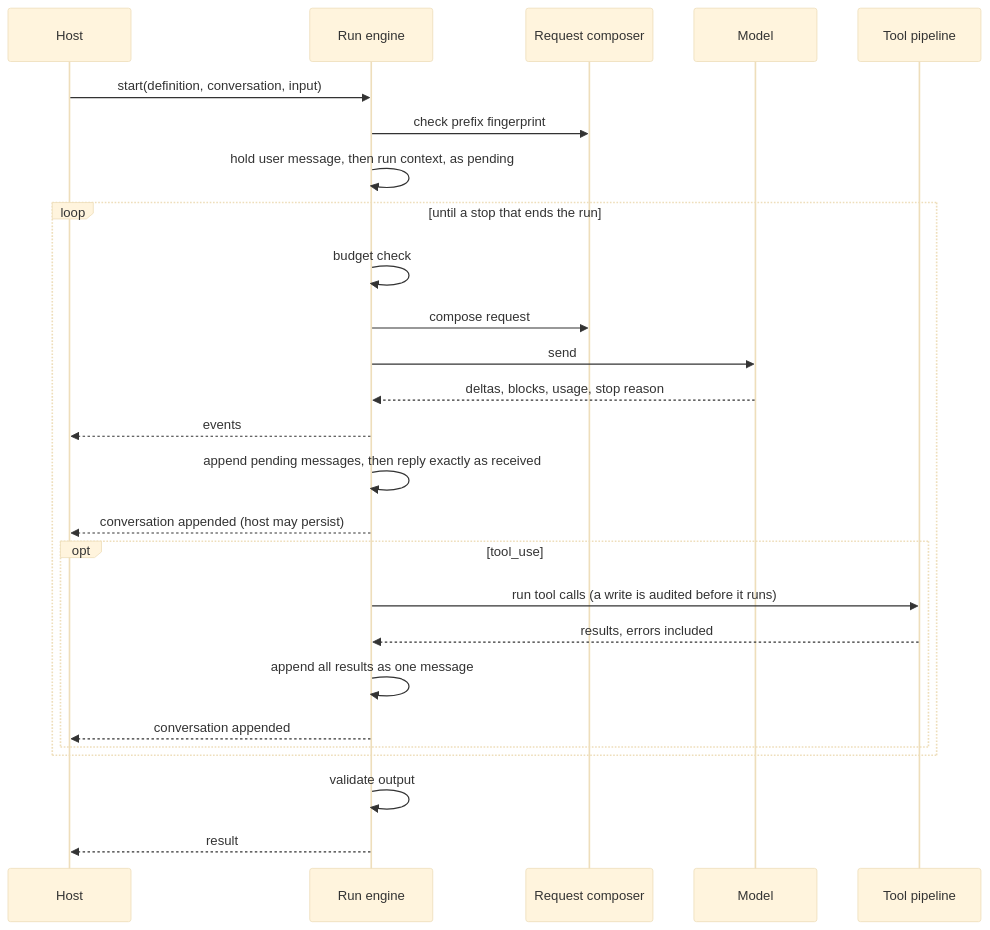
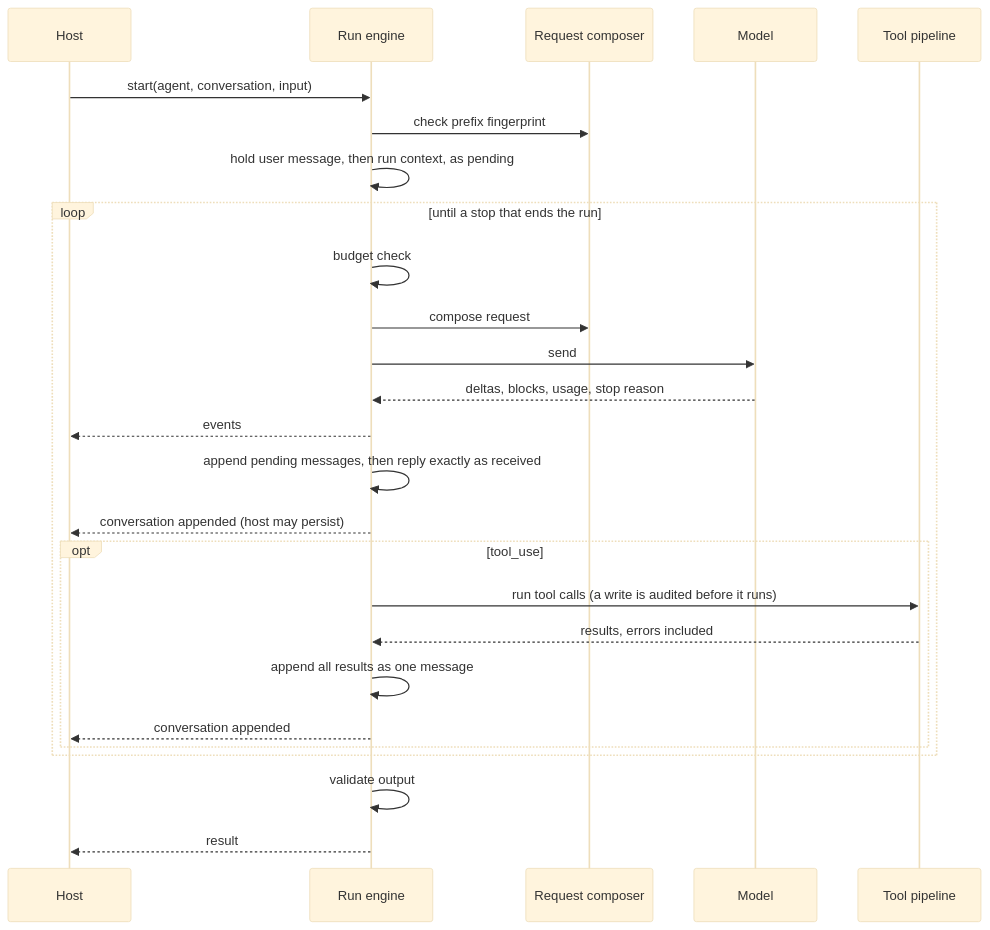
The third of 6 diagrams in ARCHITECTURE.md (sleepyshark85/Officina), drawn with Mermaid (base theme) before and after one commit. The commit also changed other lines of this file and 41 other files, not shown here.

First line of the commit message:
Rename AgentDefinition to Agent

````diff
--- a/ARCHITECTURE.md
+++ b/ARCHITECTURE.md
@@ -168,28 +168,28 @@
 ```mermaid
 sequenceDiagram
     participant H as Host
     participant E as Run engine
     participant C as Request composer
     participant M as Model
     participant P as Tool pipeline
-    H->>E: start(definition, conversation, input)
+    H->>E: start(agent, conversation, input)
     E->>C: check prefix fingerprint
     E->>E: hold user message, then run context, as pending
     loop until a stop that ends the run
         E->>E: budget check
         E->>C: compose request
         E->>M: send
         M-->>E: deltas, blocks, usage, stop reason
         E-->>H: events
         E->>E: append pending messages, then reply exactly as received
         E-->>H: conversation appended (host may persist)
         opt tool_use
             E->>P: run tool calls (a write is audited before it runs)
             P-->>E: results, errors included
             E->>E: append all results as one message
             E-->>H: conversation appended
         end
     end
     E->>E: validate output
     E-->>H: result
 ```
````
